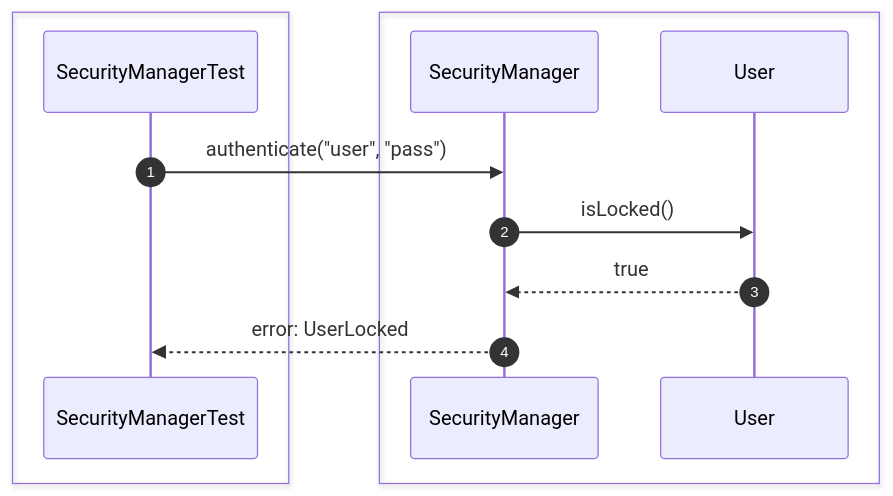
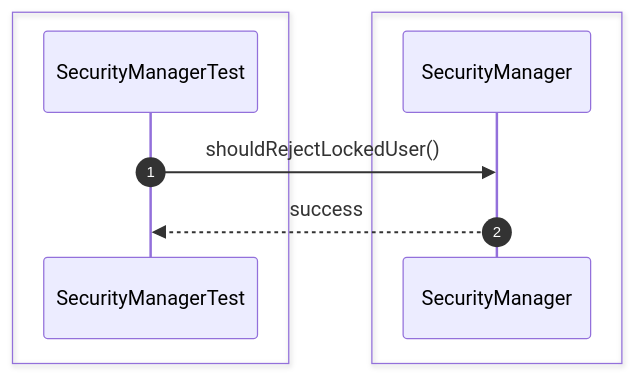
One commit to Huy1801214/dbms-architecture changed the sixth of 35 diagrams in src/sequence/security.md. Above: the diagram before and after it, drawn with Mermaid. The commit also changed other lines of this file and 68 other files, not shown here.

Commit message:
implement comprehensive unit test suite and architectural sequence documentation

````diff
--- a/src/sequence/security.md
+++ b/src/sequence/security.md
@@ -104,17 +81,13 @@
 ```mermaid
 sequenceDiagram
     autonumber
-
     box #e1f5fe Test Suite
     participant Test as SecurityManagerTest
     end
-    box #e3f2fd Security Components
-    participant Security as SecurityManager
-    participant User as User
+    box #e3f2fd SecurityManager Component
+    participant SM as SecurityManager
     end
 
-    Test->>Security: authenticate("user", "pass")
-    Security->>User: isLocked()
-    User-->>Security: true
-    Security-->>Test: error: UserLocked
+    Test->>SM: shouldRejectLockedUser()
+    SM-->>Test: success
 ```
````
